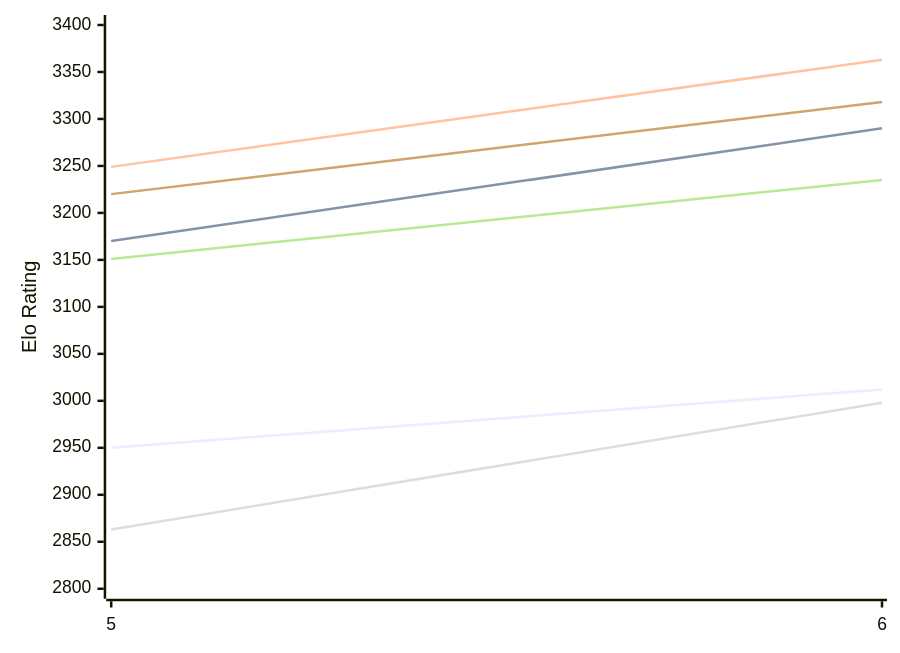
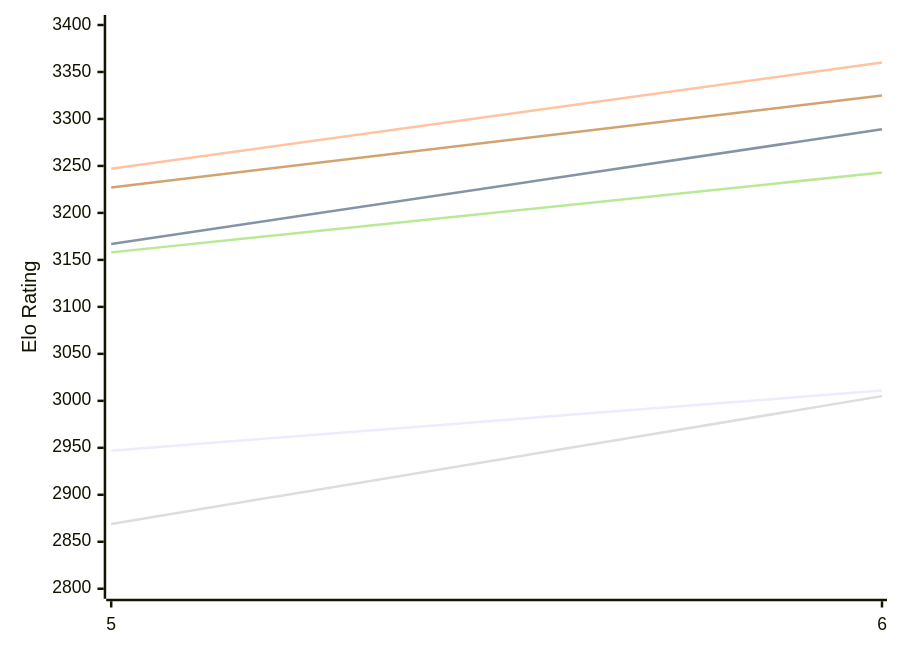
Before and after one commit to computer-chess-index/cci: the first of 2 diagrams in engines/Cwtch.md, drawn with Mermaid. The commit also changed other lines of this file, not shown here.

Commit message:
Update CCI Ratings (ELO VLTC) - 2026-11-23

````diff
--- a/engines/Cwtch.md
+++ b/engines/Cwtch.md
@@ -51,12 +51,12 @@
 ```mermaid
 %%{init: {"theme":"base","themeVariables":{"seriesColors:['#a3a3a3','#222221','#faa371']}}}%%
 xychart-beta
   x-axis ["5", "6"]
   y-axis "Elo Rating" 2800 --> 3400
-  line "E1: STC (8.0+0.08s)" [2950, 3012]
-  line "E1: LTC (60.0+0.60s)" [3170, 3290]
-  line "E1: VLTC (2m24s+1.12s)" [3249, 3363]
-  line "P1: STC (8.0+0.08s)" [2863, 2998]
-  line "P1: LTC (60.0+0.60s)" [3151, 3235]
-  line "P1: VLTC (2m24s+1.12s)" [3220, 3318]
+  line "E1: STC (8.0+0.08s)" [2947, 3011]
+  line "E1: LTC (60.0+0.60s)" [3167, 3289]
+  line "E1: VLTC (2m24s+1.12s)" [3247, 3360]
+  line "P1: STC (8.0+0.08s)" [2869, 3005]
+  line "P1: LTC (60.0+0.60s)" [3158, 3243]
+  line "P1: VLTC (2m24s+1.12s)" [3227, 3325]
 ```
````
